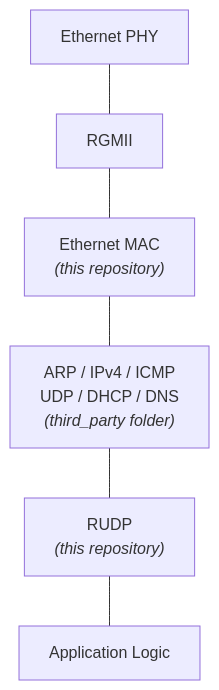
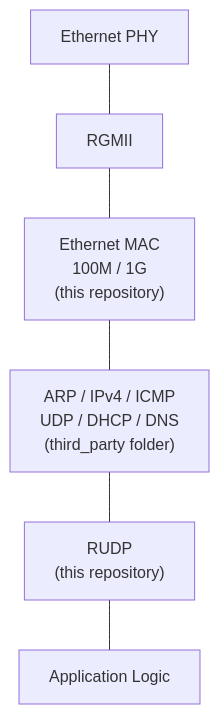
Before and after one commit to Deynonih-AI/RUDP: the first of 4 diagrams in README.md, drawn with Mermaid. The commit also changed other lines of this file, not shown here.

````diff
--- a/README.md
+++ b/README.md
@@ -56,15 +58,15 @@
 ```mermaid
 flowchart TD
     PHY["Ethernet PHY"]
     RGMII["RGMII"]
-    MAC["Ethernet MAC<br/><i>(this repository)</i>"]
-    EXT["ARP / IPv4 / ICMP<br/>UDP / DHCP / DNS<br/><i>(third_party folder)</i>"]
-    RUDP["RUDP<br/><i>(this repository)</i>"]
+    MAC["Ethernet MAC<br>100M / 1G<br>(this repository)"]
+    EXT["ARP / IPv4 / ICMP<br>UDP / DHCP / DNS<br>(third_party folder)"]
+    RUDP["RUDP<br>(this repository)"]
     APP["Application Logic"]
 
     PHY --- RGMII
     RGMII --- MAC
     MAC --- EXT
     EXT --- RUDP
     RUDP --- APP
 ```
````
